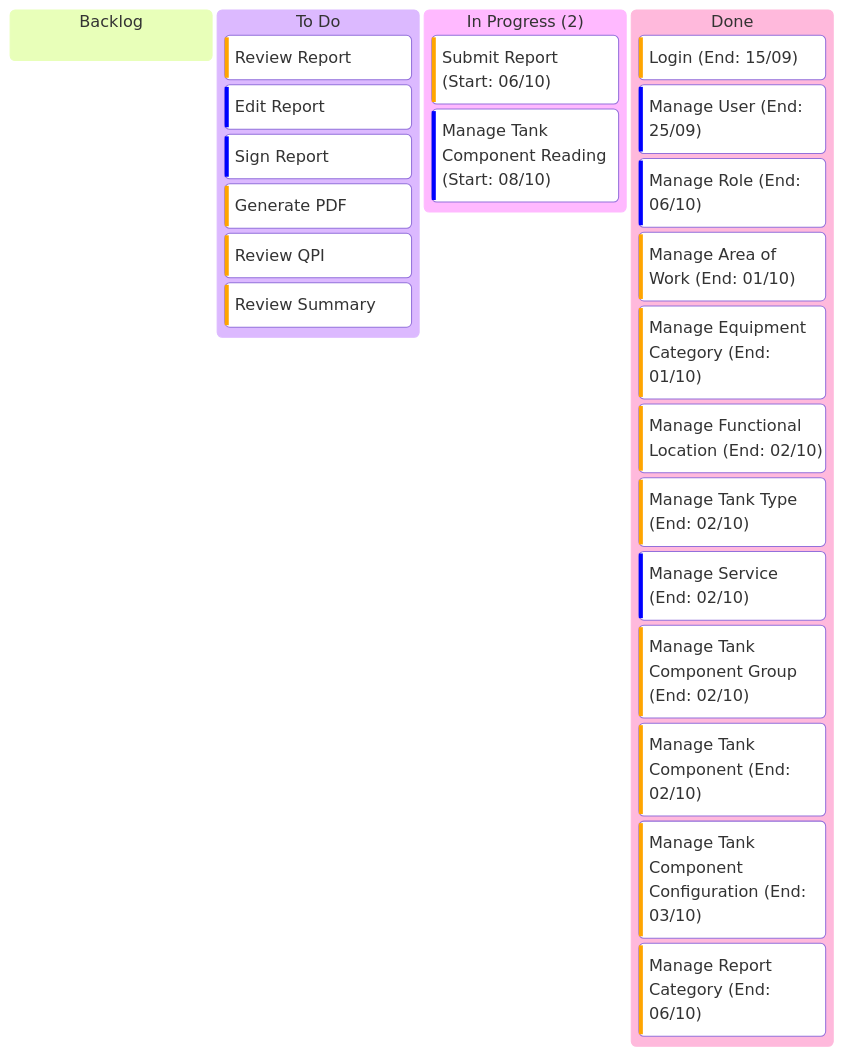
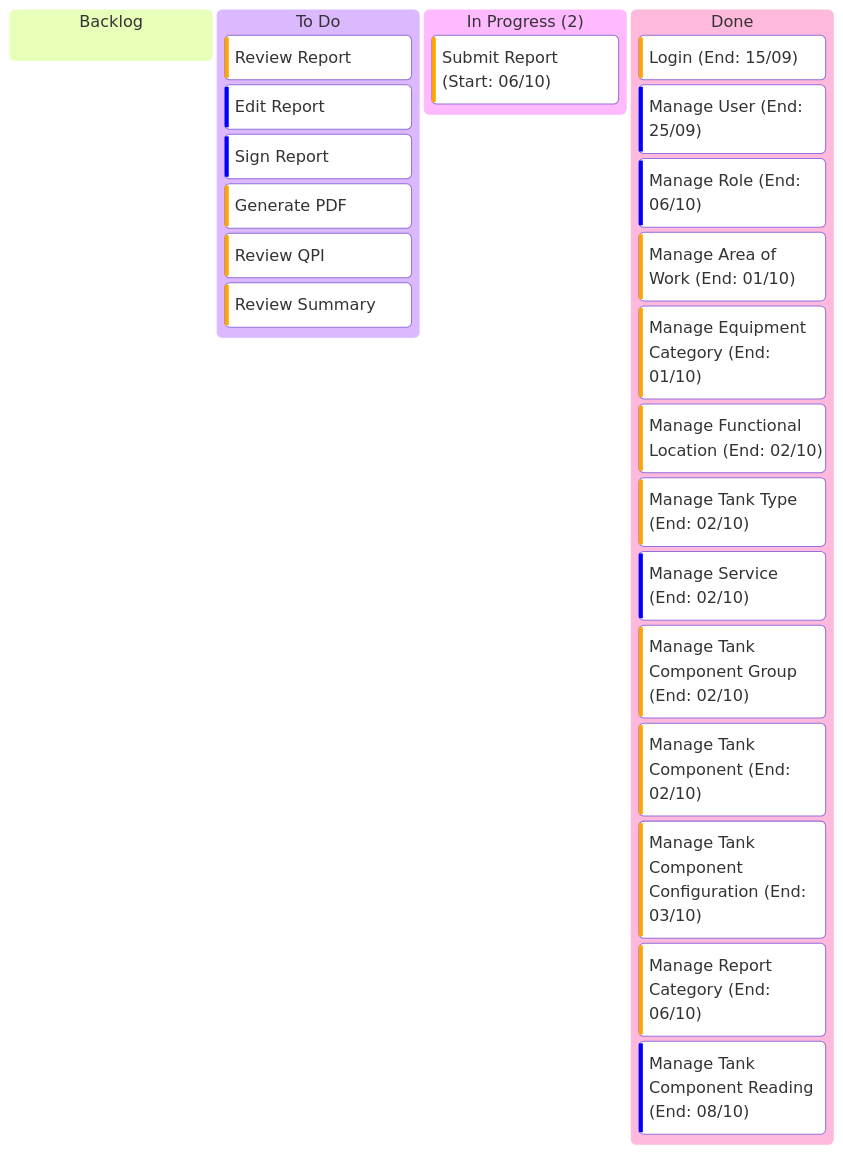
Before and after one commit to billdansr/kanban-boc-om: the diagram in Kanban/02-Kanban.md, drawn with Mermaid.

Commit message:
vault backup: 2025-10-08 13:49:16
Manage Tank Component Reading: In Progress -> Done. Ended in 08/10

````diff
--- a/Kanban/02-Kanban.md
+++ b/Kanban/02-Kanban.md
@@ -3,32 +3,33 @@
 ```mermaid
 kanban
   backlog[Backlog]
 
   todo[To Do]
 	  uc03[Review Report]@{priority: 'High'}
 	  uc04[Edit Report]@{priority: 'Low'}
 	  uc05[Sign Report]@{priority: 'Low'}
 	  uc06[Generate PDF]@{priority: 'High'}
 	  uc07[Review QPI]@{priority: 'High'}
 	  uc08[Review Summary]@{priority: 'High'}
 	  
 	  
   inprogress["In Progress (2)"]
 	  uc02["Submit Report (Start: 06/10)"]@{priority: 'High'}
-	  uc20["Manage Tank Component Reading (Start: 08/10)"]@{priority: 'Low'}
 	  
 
   done[Done]
 	  uc01["Login (End: 15/09)"]@{priority: 'High'}
 	  uc09["Manage User (End: 25/09)"]@{priority: 'Low'}
 	  uc10["Manage Role (End: 06/10)"]@{priority: 'Low'}
 	  uc11["Manage Area of Work (End: 01/10)"]@{priority: 'High'}
 	  uc12["Manage Equipment Category (End: 01/10)"]@{priority: 'High'}
 	  uc13["Manage Functional Location (End: 02/10)"]@{priority: 'High'}
 	  uc14["Manage Tank Type (End: 02/10)"]@{priority: 'High'}
 	  uc15["Manage Service (End: 02/10)"]@{priority: 'Low'}
 	  uc16["Manage Tank Component Group (End: 02/10)"]@{priority: 'High'}
 	  uc17["Manage Tank Component (End: 02/10)"]@{priority: 'High'}
 	  uc18["Manage Tank Component Configuration (End: 03/10)"]@{priority: 'High'}
 	  uc19["Manage Report Category (End: 06/10)"]@{priority: 'High'}
+	  uc20["Manage Tank Component Reading (End: 08/10)"]@{priority: 'Low'}
+	  
 ```
````
